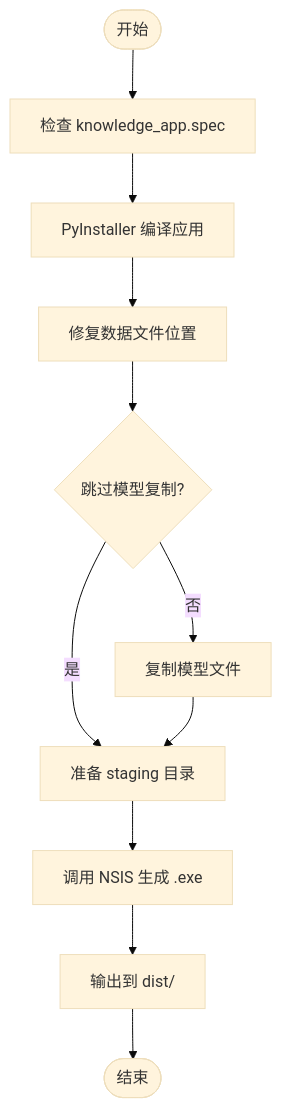
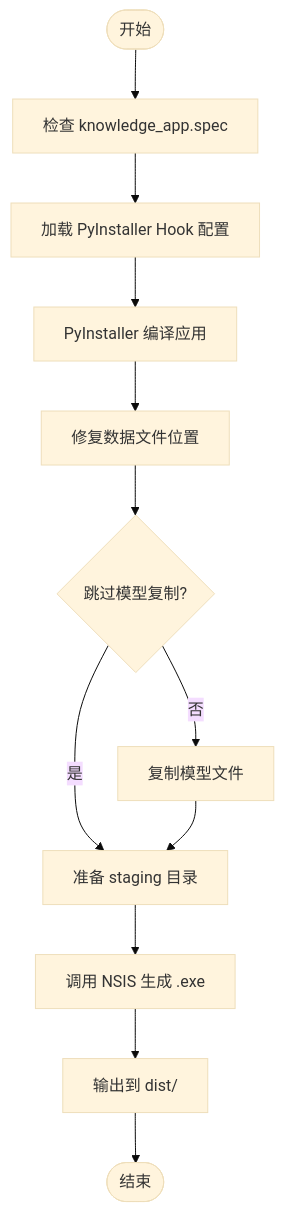
One commit to joyafa/knowledge changed the fourth of 5 diagrams in .qoder/repowiki/zh/content/部署与运维/安装部署脚本/安装器构建工具.md. Above: the diagram before and after it, drawn with Mermaid (base theme). The commit also changed other lines of this file and 14 other files, not shown here.

````diff
--- a/.qoder/repowiki/zh/content/部署与运维/安装部署脚本/安装器构建工具.md
+++ b/.qoder/repowiki/zh/content/部署与运维/安装部署脚本/安装器构建工具.md
@@ -182,13 +193,14 @@
 ```mermaid
 flowchart TD
 StartW(["开始"]) --> CheckSpec["检查 knowledge_app.spec"]
-CheckSpec --> PyInstaller["PyInstaller 编译应用"]
+CheckSpec --> LoadHooks["加载 PyInstaller Hook 配置"]
+LoadHooks --> PyInstaller["PyInstaller 编译应用"]
 PyInstaller --> FixData["修复数据文件位置"]
 FixData --> SkipModels{"跳过模型复制?"}
 SkipModels --> |是| PrepareStaging["准备 staging 目录"]
 SkipModels --> |否| CopyModels["复制模型文件"]
 CopyModels --> PrepareStaging
 PrepareStaging --> CallNSIS["调用 NSIS 生成 .exe"]
 CallNSIS --> OutW["输出到 dist/"]
 OutW --> EndW(["结束"])
 ```
````
